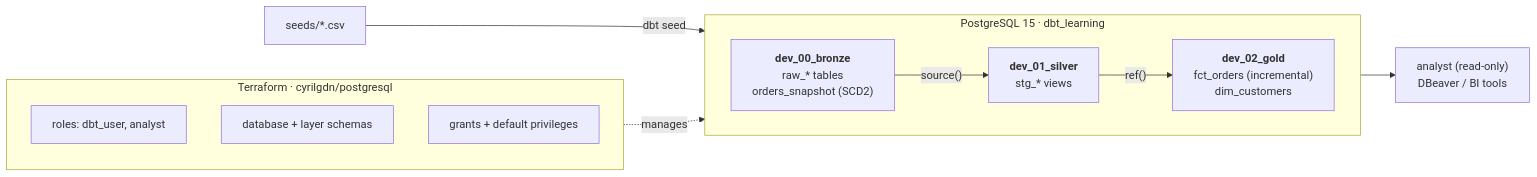
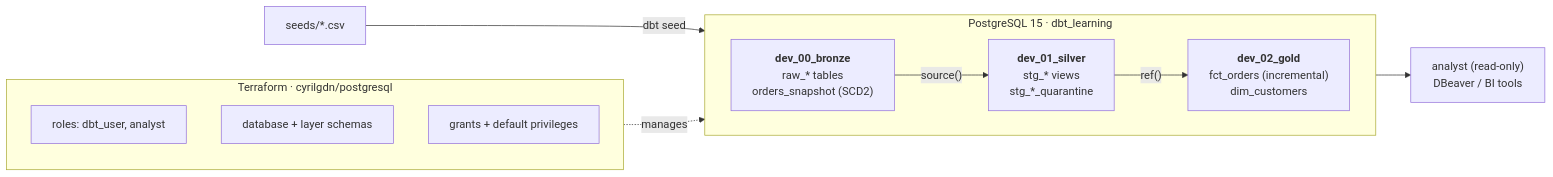
One commit to matiastulli/dbt-terraform-postgres-medallion changed the diagram in README.md. Above: the diagram before and after it, drawn with Mermaid. The commit also changed other lines of this file and 19 other files, not shown here.

Commit message:
Add source and staging models for Jaffle Shop data, including raw customers, orders, and payments

````diff
--- a/README.md
+++ b/README.md
@@ -15,20 +15,20 @@
 ```mermaid
 flowchart LR
     CSV["seeds/*.csv"] -->|dbt seed| B
 
     subgraph PG["PostgreSQL 15 · dbt_learning"]
         direction LR
-        B["<b>dev_00_bronze</b><br/>raw_* tables<br/>orders_snapshot (SCD2)"] -->|"source()"| S["<b>dev_01_silver</b><br/>stg_* views"]
+        B["<b>dev_00_bronze</b><br/>raw_* tables<br/>orders_snapshot (SCD2)"] -->|"source()"| S["<b>dev_01_silver</b><br/>stg_* views<br/>stg_*_quarantine"]
         S -->|"ref()"| G["<b>dev_02_gold</b><br/>fct_orders (incremental)<br/>dim_customers"]
     end
 
     subgraph TF["Terraform · cyrilgdn/postgresql"]
         direction TB
         T1["roles: dbt_user, analyst"]
         T2["database + layer schemas"]
         T3["grants + default privileges"]
     end
 
     TF -. manages .-> PG
     G --> A["analyst (read-only)<br/>DBeaver / BI tools"]
 ```
````
